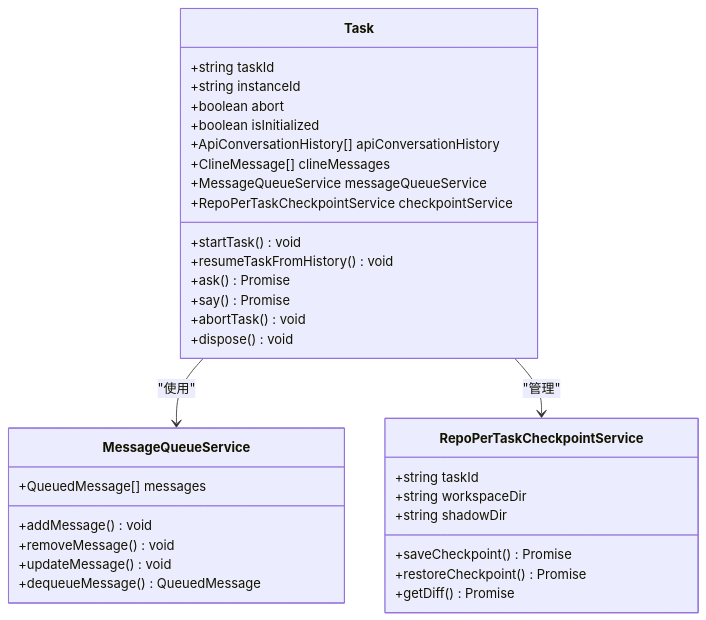
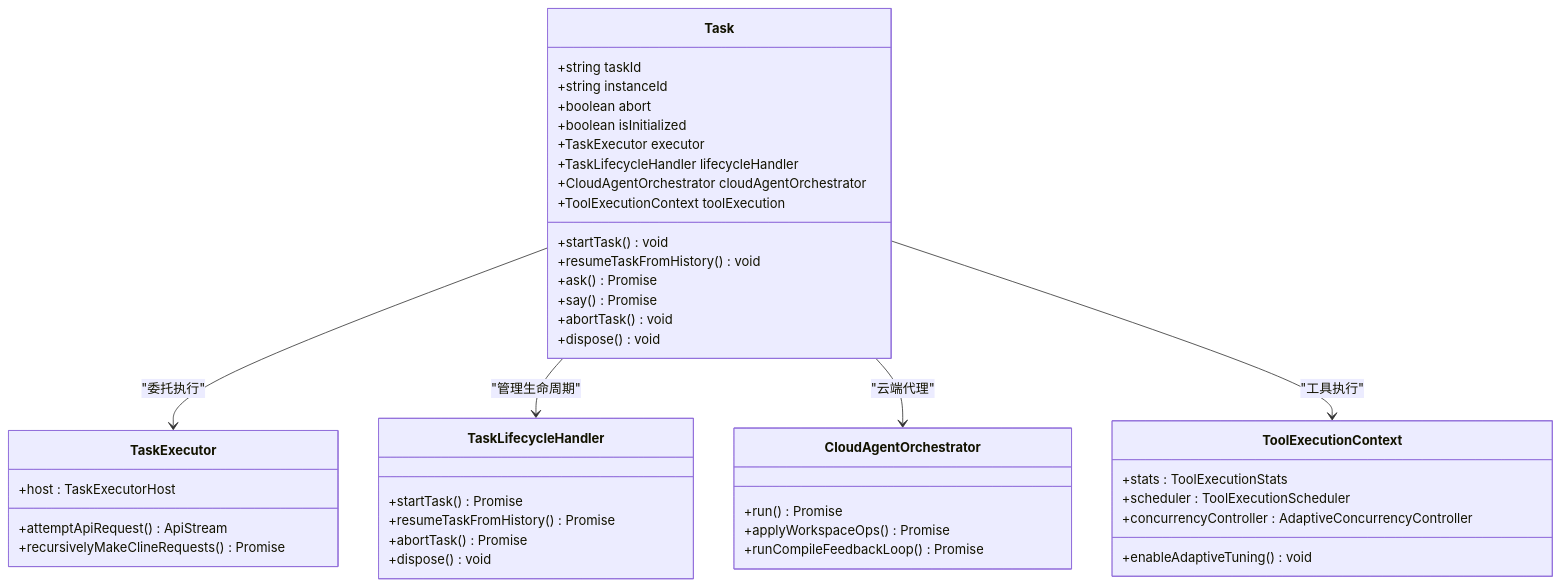
Before and after one commit to JunjieChen0/NJUST: the second of 13 diagrams in .qoder/repowiki/zh/content/项目概述/核心功能特性/任务管理系统/任务管理系统.md, drawn with Mermaid. The commit also changed other lines of this file and 37 other files, not shown here.

````diff
--- a/.qoder/repowiki/zh/content/项目概述/核心功能特性/任务管理系统/任务管理系统.md
+++ b/.qoder/repowiki/zh/content/项目概述/核心功能特性/任务管理系统/任务管理系统.md
@@ -97,36 +116,45 @@
 ```mermaid
 classDiagram
 class Task {
 +string taskId
 +string instanceId
 +boolean abort
 +boolean isInitialized
-+ApiConversationHistory[] apiConversationHistory
-+ClineMessage[] clineMessages
-+MessageQueueService messageQueueService
-+RepoPerTaskCheckpointService checkpointService
++TaskExecutor executor
++TaskLifecycleHandler lifecycleHandler
++CloudAgentOrchestrator cloudAgentOrchestrator
++ToolExecutionContext toolExecution
 +startTask() void
 +resumeTaskFromHistory() void
 +ask() Promise
 +say() Promise
 +abortTask() void
 +dispose() void
 }
-class MessageQueueService {
-+QueuedMessage[] messages
-+addMessage() void
-+removeMessage() void
-+updateMessage() void
-+dequeueMessage() QueuedMessage
+class TaskExecutor {
++attemptApiRequest() ApiStream
++recursivelyMakeClineRequests() Promise
++host : TaskExecutorHost
 }
-class RepoPerTaskCheckpointService {
-+string taskId
-+string workspaceDir
-+string shadowDir
-+saveCheckpoint() Promise
-+restoreCheckpoint() Promise
-+getDiff() Promise
+class TaskLifecycleHandler {
++startTask() Promise
++resumeTaskFromHistory() Promise
++abortTask() Promise
++dispose() void
 }
-Task --> MessageQueueService : "使用"
-Task --> RepoPerTaskCheckpointService : "管理"
+class CloudAgentOrchestrator {
++run() Promise
++applyWorkspaceOps() Promise
++runCompileFeedbackLoop() Promise
+}
+class ToolExecutionContext {
++stats : ToolExecutionStats
++scheduler : ToolExecutionScheduler
++concurrencyController : AdaptiveConcurrencyController
++enableAdaptiveTuning() void
+}
+Task --> TaskExecutor : "委托执行"
+Task --> TaskLifecycleHandler : "管理生命周期"
+Task --> CloudAgentOrchestrator : "云端代理"
+Task --> ToolExecutionContext : "工具执行"
 ```
````
